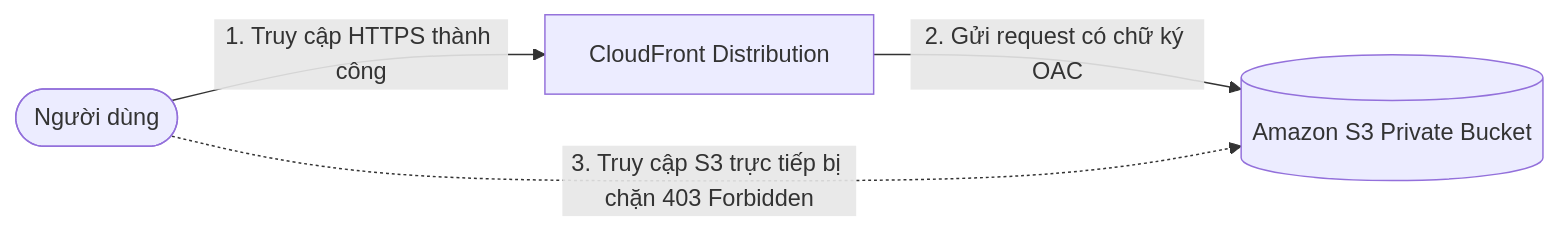
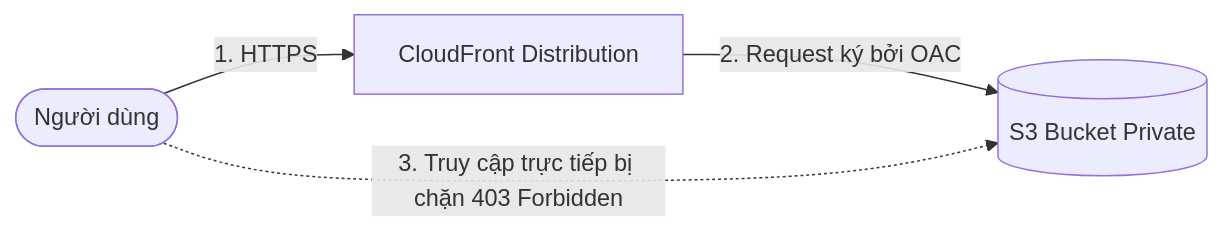
The second of 2 diagrams in cloud/aws/lab/10. CloudFront/1. Lab 1 - Integrate CloudFront with S3/1. Lab 1 - Integrate CloudFront with S3.md (L1nkinPark/devops-ci-cd-templates), drawn with Mermaid before and after one commit. The commit also changed other lines of this file and 1 other file, not shown here.

````diff
--- a/cloud/aws/lab/10. CloudFront/1. Lab 1 - Integrate CloudFront with S3/1. Lab 1 - Integrate CloudFront with S3.md
+++ b/cloud/aws/lab/10. CloudFront/1. Lab 1 - Integrate CloudFront with S3/1. Lab 1 - Integrate CloudFront with S3.md
@@ -5,6 +18,6 @@
 ```mermaid
 graph LR
-    User([Người dùng]) -->|1. Truy cập HTTPS thành công| CF[CloudFront Distribution]
-    CF -->|2. Gửi request có chữ ký OAC| S3[(Amazon S3 Private Bucket)]
-    User -.->|3. Truy cập S3 trực tiếp bị chặn 403 Forbidden| S3
+    User([Người dùng]) -->|1. HTTPS| CF[CloudFront Distribution]
+    CF -->|2. Request ký bởi OAC| S3Private[(S3 Bucket Private)]
+    User -.->|3. Truy cập trực tiếp bị chặn 403 Forbidden| S3Private
 ```
````
